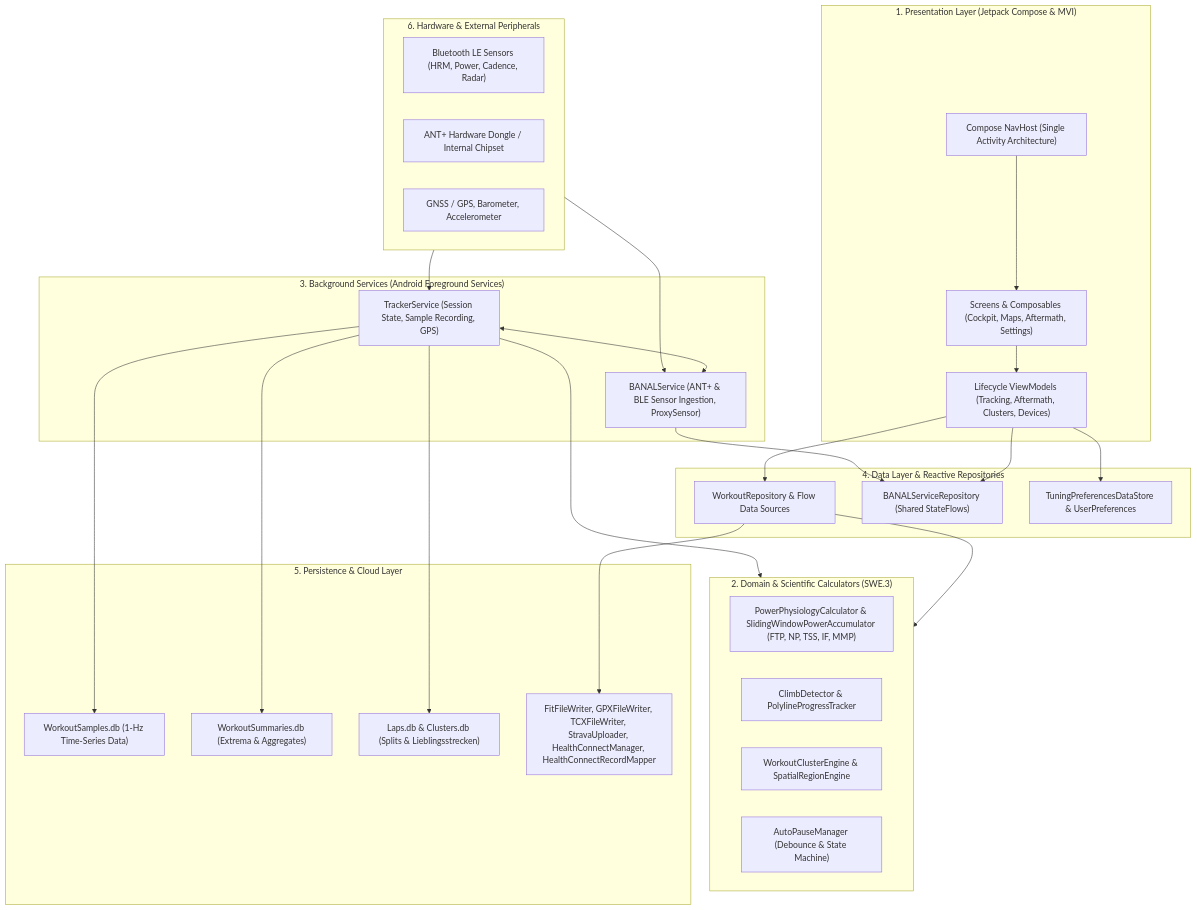
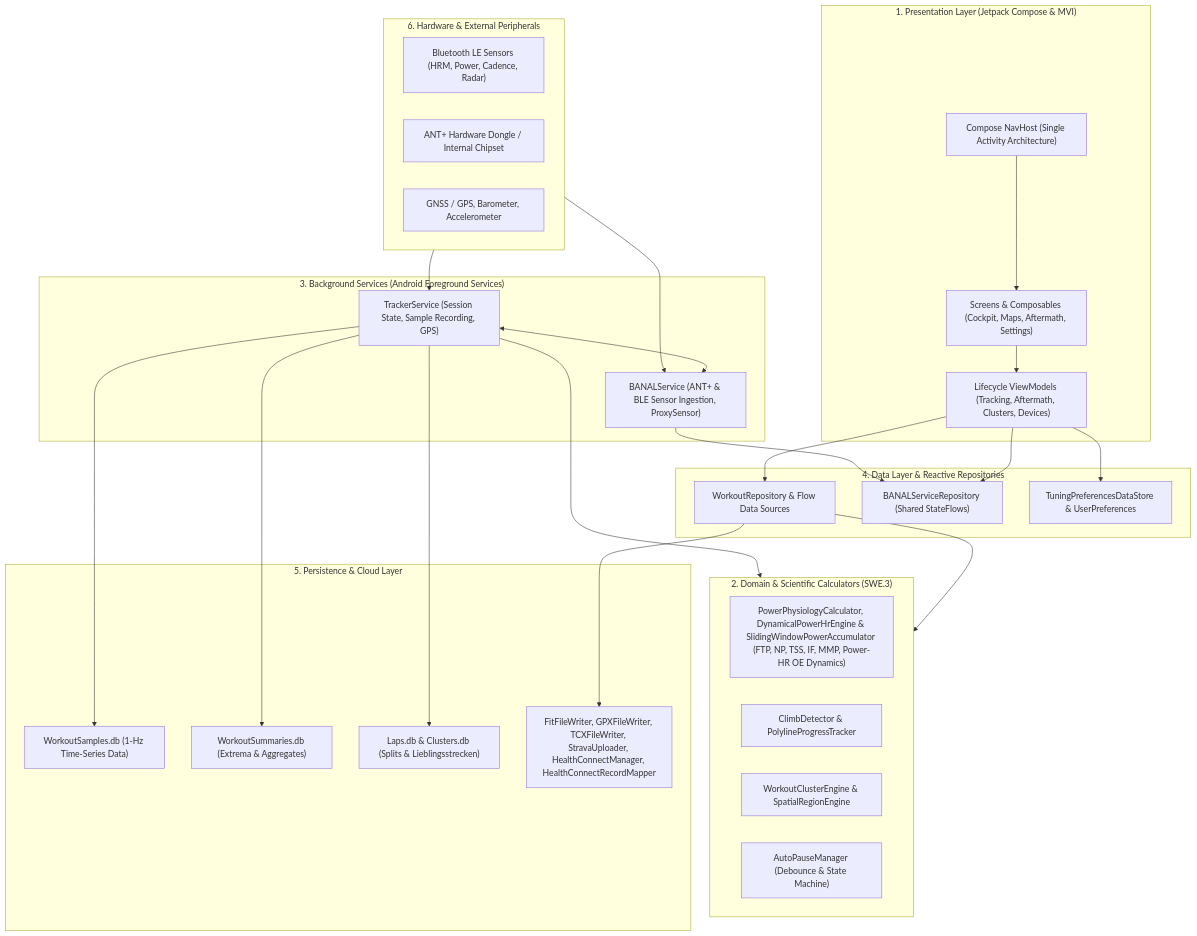
One commit to rainerblind/aTrainingTracker changed the first of 4 diagrams in docs/architecture.md. Above: the diagram before and after it, drawn with Mermaid. The commit also changed other lines of this file and 40 other files, not shown here.

Commit message:
ATT-3904: [Verbesserung] Implement 1st-order dynamical Power-HR identification engine, global expert settings switch, and in-app info/explanation dialog

````diff
--- a/docs/architecture.md
+++ b/docs/architecture.md
@@ -11,59 +11,59 @@
 ```mermaid
 graph TD
     subgraph UI_Layer["1. Presentation Layer (Jetpack Compose & MVI)"]
         NavHost["Compose NavHost (Single Activity Architecture)"]
         Screens["Screens & Composables (Cockpit, Maps, Aftermath, Settings)"]
         ViewModels["Lifecycle ViewModels (Tracking, Aftermath, Clusters, Devices)"]
     end
 
     subgraph Domain_Layer["2. Domain & Scientific Calculators (SWE.3)"]
-        Physiology["PowerPhysiologyCalculator & SlidingWindowPowerAccumulator (FTP, NP, TSS, IF, MMP)"]
+        Physiology["PowerPhysiologyCalculator, DynamicalPowerHrEngine & SlidingWindowPowerAccumulator (FTP, NP, TSS, IF, MMP, Power-HR OE Dynamics)"]
         Climbs["ClimbDetector & PolylineProgressTracker"]
         Clusters["WorkoutClusterEngine & SpatialRegionEngine"]
         AutoPause["AutoPauseManager (Debounce & State Machine)"]
     end
 
     subgraph Service_Layer["3. Background Services (Android Foreground Services)"]
         TrackerService["TrackerService (Session State, Sample Recording, GPS)"]
         BANALService["BANALService (ANT+ & BLE Sensor Ingestion, ProxySensor)"]
     end
 
     subgraph Data_Layer["4. Data Layer & Reactive Repositories"]
         WorkoutRepo["WorkoutRepository & Flow Data Sources"]
         BANALRepo["BANALServiceRepository (Shared StateFlows)"]
         SettingsRepo["TuningPreferencesDataStore & UserPreferences"]
     end
 
     subgraph Persistence_Layer["5. Persistence & Cloud Layer"]
         SamplesDB["WorkoutSamples.db (1-Hz Time-Series Data)"]
         SummariesDB["WorkoutSummaries.db (Extrema & Aggregates)"]
         LapsDB["Laps.db & Clusters.db (Splits & Lieblingsstrecken)"]
         Exporters["FitFileWriter, GPXFileWriter, TCXFileWriter, StravaUploader, HealthConnectManager, HealthConnectRecordMapper"]
     end
 
     subgraph Hardware_Layer["6. Hardware & External Peripherals"]
         BLE["Bluetooth LE Sensors (HRM, Power, Cadence, Radar)"]
         ANT["ANT+ Hardware Dongle / Internal Chipset"]
         Sensors["GNSS / GPS, Barometer, Accelerometer"]
     end
 
     NavHost --> Screens
     Screens --> ViewModels
     ViewModels --> WorkoutRepo
     ViewModels --> BANALRepo
     ViewModels --> SettingsRepo
 
     WorkoutRepo --> Domain_Layer
     TrackerService --> Domain_Layer
     TrackerService --> SamplesDB
     TrackerService --> SummariesDB
     TrackerService --> LapsDB
 
     BANALService --> BANALRepo
     TrackerService <--> BANALService
 
     Hardware_Layer --> BANALService
     Hardware_Layer --> TrackerService
 
     WorkoutRepo --> Exporters
 ```
````
